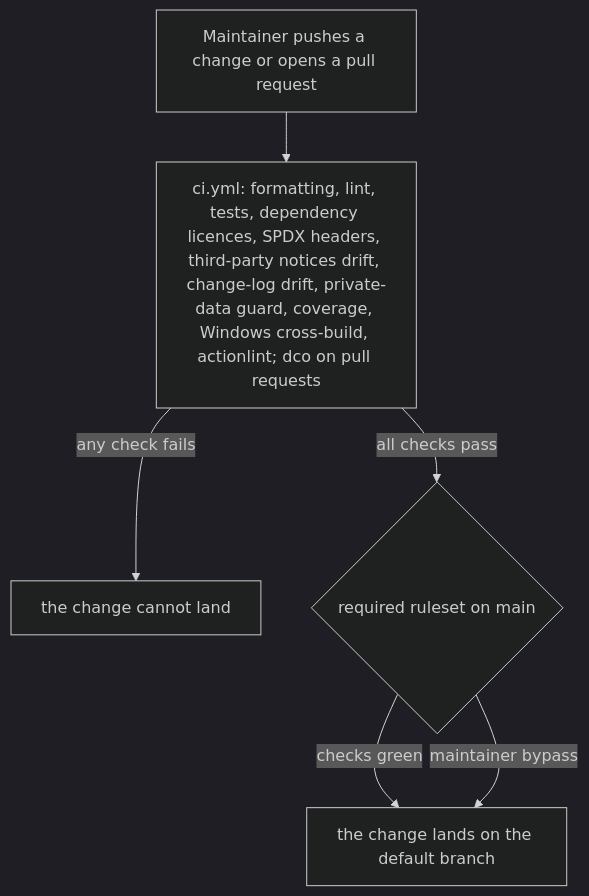
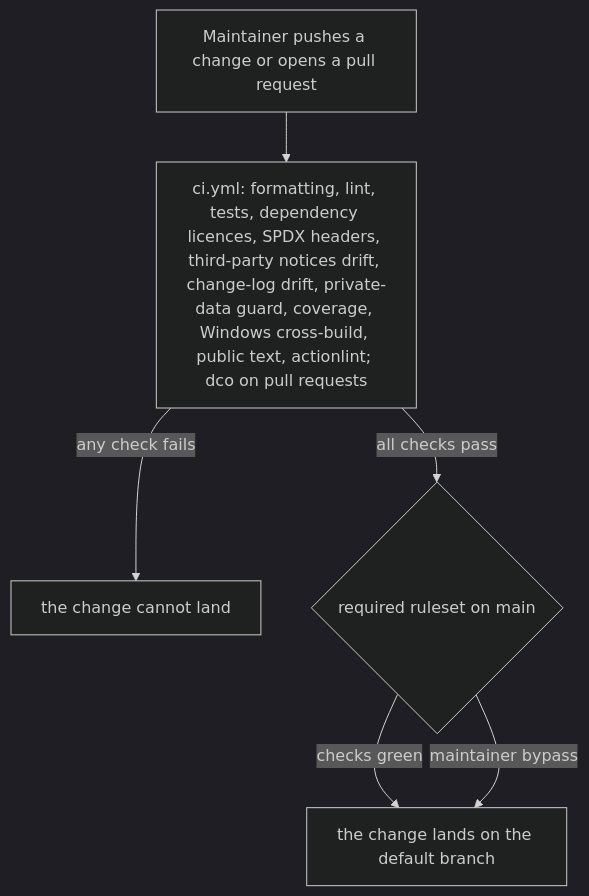
Before and after one commit to duty2cal/duty2cal: the sixth of 6 diagrams in docs/arc42/06-runtime-view.md, drawn with Mermaid (dark theme). The commit also changed other lines of this file and 5 other files, not shown here.

````diff
--- a/docs/arc42/06-runtime-view.md
+++ b/docs/arc42/06-runtime-view.md
@@ -151,8 +154,8 @@
 ```mermaid
 flowchart TB
-  push["Maintainer pushes a change or opens a pull request"] --> ci["ci.yml: formatting, lint, tests, dependency licences, SPDX headers, third-party notices drift, change-log drift, private-data guard, coverage, Windows cross-build, actionlint; dco on pull requests"]
+  push["Maintainer pushes a change or opens a pull request"] --> ci["ci.yml: formatting, lint, tests, dependency licences, SPDX headers, third-party notices drift, change-log drift, private-data guard, coverage, Windows cross-build, public text, actionlint; dco on pull requests"]
   ci -->|"any check fails"| blocked["the change cannot land"]
   ci -->|"all checks pass"| rules{"required ruleset on main"}
   rules -->|"checks green"| land["the change lands on the default branch"]
   rules -->|"maintainer bypass"| land
 ```
````
